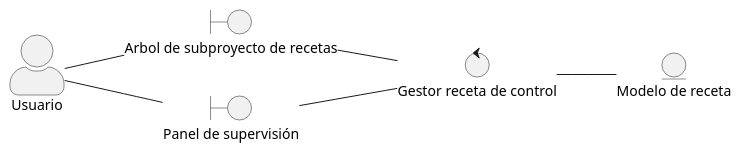
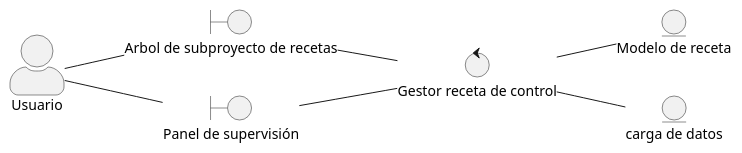
The diagram in ejecutar-receta.puml (Dandrvms/diagramas-y-referencias), drawn with PlantUML before and after one commit. The commit also changed 1 other file, not shown here.

Commit message:
Add supervisory and execution control diagrams

```diff
--- a/ejecutar-receta.puml
+++ b/ejecutar-receta.puml
@@ -1,21 +1,23 @@
 @startuml
 skinparam style strictuml
 skinparam actorStyle awesome
 left to right direction
 
 actor "Usuario" as user
 
  'Definición de los elementos básicos
 boundary ui as "Arbol de subproyecto de recetas"
 entity recipe as "Modelo de receta"
 control setup as "Gestor receta de control"
 boundary runtime as "Panel de supervisión"
+entity payload as "carga de datos"
 
 
 user -- ui
 ui -- setup
 user -- runtime
 setup -- recipe
+setup -- payload
 runtime -- setup
 
 @endum
```
